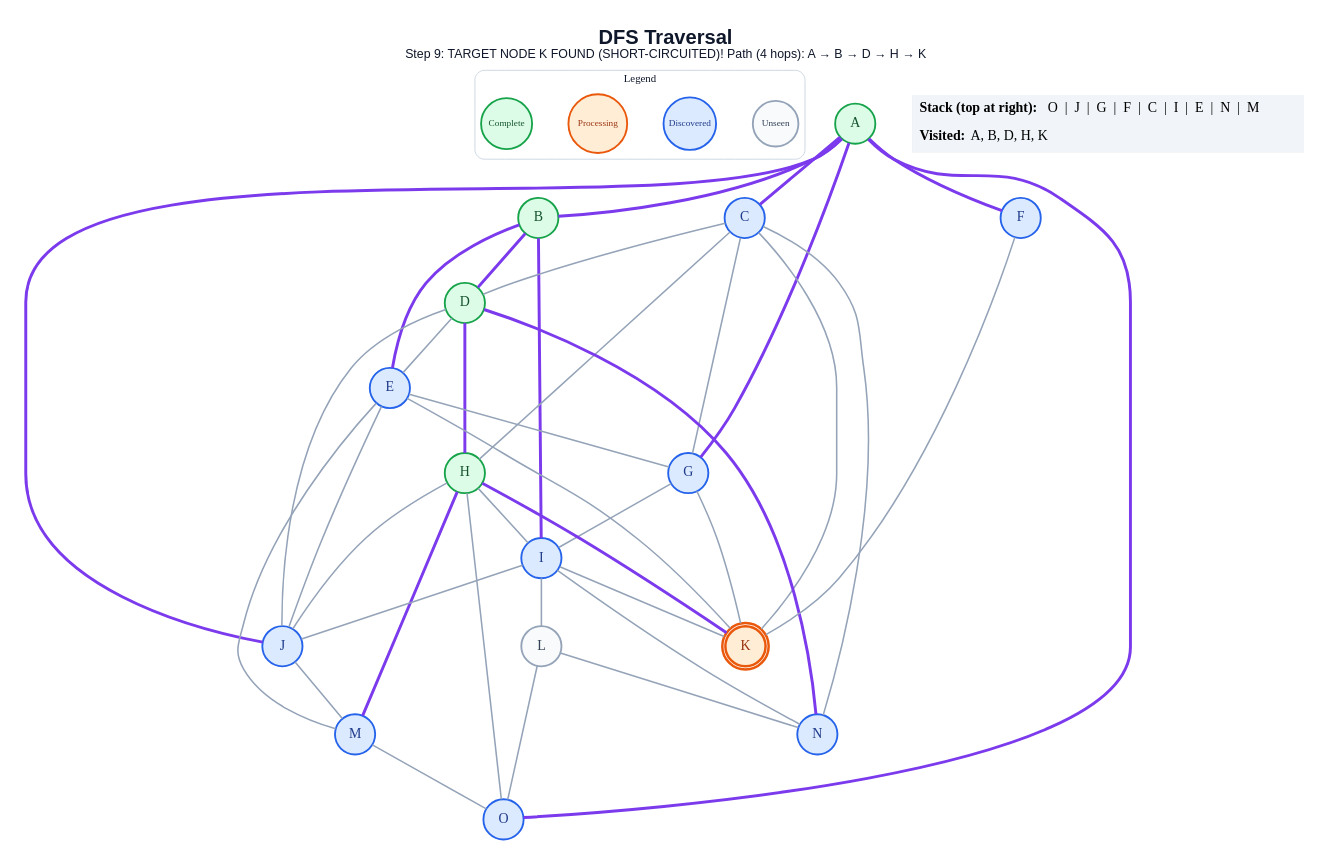
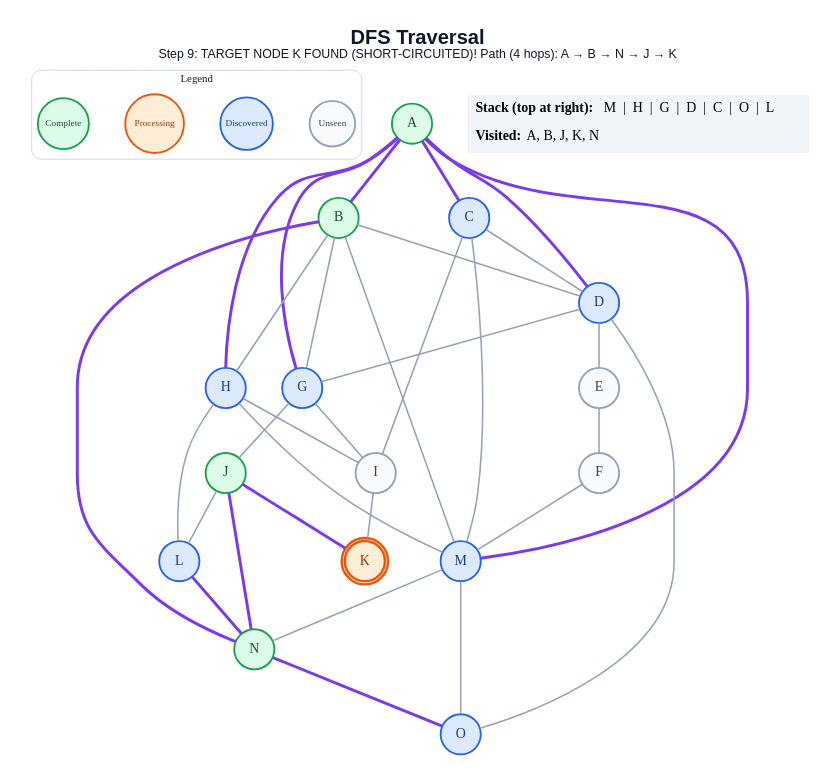
Before and after one commit to anon7238593-create/ai-slop: the diagram in generated/short-circuit/dfs/step_09.dot, drawn with Graphviz. The commit also changed 242 other files, not shown here.

```diff
--- a/generated/short-circuit/dfs/step_09.dot
+++ b/generated/short-circuit/dfs/step_09.dot
@@ -1,72 +1,66 @@
 graph traversal {
   graph [layout=dot, rankdir=TB, bgcolor="#FFFFFF", pad="0.35", nodesep="0.65", ranksep="0.8", fontname="Arial"];
   node [shape=circle, style="filled", fontname="Arial Bold", fontsize=18, width=0.72, fixedsize=true, penwidth=2.4];
   edge [color="#94A3B8", penwidth=2.0];
-  label=<<B>DFS Traversal</B><BR/><FONT POINT-SIZE="16">Step 9: TARGET NODE K FOUND (SHORT-CIRCUITED)! Path (4 hops): A → B → D → H → K</FONT>>; labelloc="t"; fontsize=26; fontname="Arial"; fontcolor="#0F172A";
+  label=<<B>DFS Traversal</B><BR/><FONT POINT-SIZE="16">Step 9: TARGET NODE K FOUND (SHORT-CIRCUITED)! Path (4 hops): A → B → N → J → K</FONT>>; labelloc="t"; fontsize=26; fontname="Arial"; fontcolor="#0F172A";
   subgraph cluster_legend { label="Legend"; color="#CBD5E1"; penwidth=1.2; style="rounded"; fontsize=14; fontname="Arial Bold";
     key_unseen [label="Unseen", fillcolor="#F8FAFC", color="#94A3B8", fontcolor="#334155", fontsize=12, width=0.82];
     key_frontier [label="Discovered", fillcolor="#DBEAFE", color="#2563EB", fontcolor="#1E3A8A", fontsize=12, width=0.95];
     key_current [label="Processing", fillcolor="#FFEDD5", color="#EA580C", fontcolor="#9A3412", fontsize=12, width=1.05];
     key_done [label="Complete", fillcolor="#DCFCE7", color="#16A34A", fontcolor="#14532D", fontsize=12, width=0.92];
     { rank=same; key_unseen; key_frontier; key_current; key_done; }
   }
   A [label="A", fillcolor="#DCFCE7", color="#16A34A", fontcolor="#14532D", peripheries=1, penwidth=2.4];
   B [label="B", fillcolor="#DCFCE7", color="#16A34A", fontcolor="#14532D", peripheries=1, penwidth=2.4];
   C [label="C", fillcolor="#DBEAFE", color="#2563EB", fontcolor="#1E3A8A", peripheries=1, penwidth=2.4];
-  D [label="D", fillcolor="#DCFCE7", color="#16A34A", fontcolor="#14532D", peripheries=1, penwidth=2.4];
-  E [label="E", fillcolor="#DBEAFE", color="#2563EB", fontcolor="#1E3A8A", peripheries=1, penwidth=2.4];
-  F [label="F", fillcolor="#DBEAFE", color="#2563EB", fontcolor="#1E3A8A", peripheries=1, penwidth=2.4];
+  D [label="D", fillcolor="#DBEAFE", color="#2563EB", fontcolor="#1E3A8A", peripheries=1, penwidth=2.4];
+  E [label="E", fillcolor="#F8FAFC", color="#94A3B8", fontcolor="#334155", peripheries=1, penwidth=2.4];
+  F [label="F", fillcolor="#F8FAFC", color="#94A3B8", fontcolor="#334155", peripheries=1, penwidth=2.4];
   G [label="G", fillcolor="#DBEAFE", color="#2563EB", fontcolor="#1E3A8A", peripheries=1, penwidth=2.4];
-  H [label="H", fillcolor="#DCFCE7", color="#16A34A", fontcolor="#14532D", peripheries=1, penwidth=2.4];
-  I [label="I", fillcolor="#DBEAFE", color="#2563EB", fontcolor="#1E3A8A", peripheries=1, penwidth=2.4];
-  J [label="J", fillcolor="#DBEAFE", color="#2563EB", fontcolor="#1E3A8A", peripheries=1, penwidth=2.4];
+  H [label="H", fillcolor="#DBEAFE", color="#2563EB", fontcolor="#1E3A8A", peripheries=1, penwidth=2.4];
+  I [label="I", fillcolor="#F8FAFC", color="#94A3B8", fontcolor="#334155", peripheries=1, penwidth=2.4];
+  J [label="J", fillcolor="#DCFCE7", color="#16A34A", fontcolor="#14532D", peripheries=1, penwidth=2.4];
   K [label="K", fillcolor="#FFEDD5", color="#EA580C", fontcolor="#9A3412", peripheries=2, penwidth=3.2];
-  L [label="L", fillcolor="#F8FAFC", color="#94A3B8", fontcolor="#334155", peripheries=1, penwidth=2.4];
+  L [label="L", fillcolor="#DBEAFE", color="#2563EB", fontcolor="#1E3A8A", peripheries=1, penwidth=2.4];
   M [label="M", fillcolor="#DBEAFE", color="#2563EB", fontcolor="#1E3A8A", peripheries=1, penwidth=2.4];
-  N [label="N", fillcolor="#DBEAFE", color="#2563EB", fontcolor="#1E3A8A", peripheries=1, penwidth=2.4];
+  N [label="N", fillcolor="#DCFCE7", color="#16A34A", fontcolor="#14532D", peripheries=1, penwidth=2.4];
   O [label="O", fillcolor="#DBEAFE", color="#2563EB", fontcolor="#1E3A8A", peripheries=1, penwidth=2.4];
   A -- B [color="#7C3AED", penwidth=3.8];
   A -- C [color="#7C3AED", penwidth=3.8];
-  A -- F [color="#7C3AED", penwidth=3.8];
+  A -- D [color="#7C3AED", penwidth=3.8];
   A -- G [color="#7C3AED", penwidth=3.8];
-  A -- J [color="#7C3AED", penwidth=3.8];
-  A -- O [color="#7C3AED", penwidth=3.8];
-  B -- D [color="#7C3AED", penwidth=3.8];
-  B -- E [color="#7C3AED", penwidth=3.8];
-  B -- I [color="#7C3AED", penwidth=3.8];
+  A -- H [color="#7C3AED", penwidth=3.8];
+  A -- M [color="#7C3AED", penwidth=3.8];
+  B -- D;
+  B -- G;
+  B -- H;
+  B -- M;
+  B -- N [color="#7C3AED", penwidth=3.8];
   C -- D;
-  C -- G;
-  C -- H;
-  C -- K;
-  C -- N;
+  C -- I;
+  C -- M;
   D -- E;
-  D -- H [color="#7C3AED", penwidth=3.8];
-  D -- J;
-  D -- N [color="#7C3AED", penwidth=3.8];
-  E -- G;
-  E -- J;
-  E -- K;
-  E -- M;
-  F -- K;
+  D -- G;
+  D -- O;
+  E -- F;
+  F -- M;
   G -- I;
-  G -- K;
+  G -- J;
   H -- I;
-  H -- J;
-  H -- K [color="#7C3AED", penwidth=3.8];
-  H -- M [color="#7C3AED", penwidth=3.8];
-  H -- O;
-  I -- J;
+  H -- L;
+  H -- M;
   I -- K;
-  I -- L;
-  I -- N;
-  J -- M;
-  L -- N;
-  L -- O;
+  J -- K [color="#7C3AED", penwidth=3.8];
+  J -- L;
+  J -- N [color="#7C3AED", penwidth=3.8];
+  L -- N [color="#7C3AED", penwidth=3.8];
+  M -- N;
   M -- O;
+  N -- O [color="#7C3AED", penwidth=3.8];
   status [shape=plain, fixedsize=false, width=0, height=0, margin=0, label=<
     <TABLE BORDER="0" CELLBORDER="0" CELLPADDING="7" BGCOLOR="#F1F5F9">
-      <TR><TD ALIGN="LEFT"><B>Stack (top at right):</B> O  |  J  |  G  |  F  |  C  |  I  |  E  |  N  |  M</TD></TR>
-      <TR><TD ALIGN="LEFT"><B>Visited:</B> A, B, D, H, K</TD></TR>
+      <TR><TD ALIGN="LEFT"><B>Stack (top at right):</B> M  |  H  |  G  |  D  |  C  |  O  |  L</TD></TR>
+      <TR><TD ALIGN="LEFT"><B>Visited:</B> A, B, J, K, N</TD></TR>
     </TABLE>
   >];
 }
```
